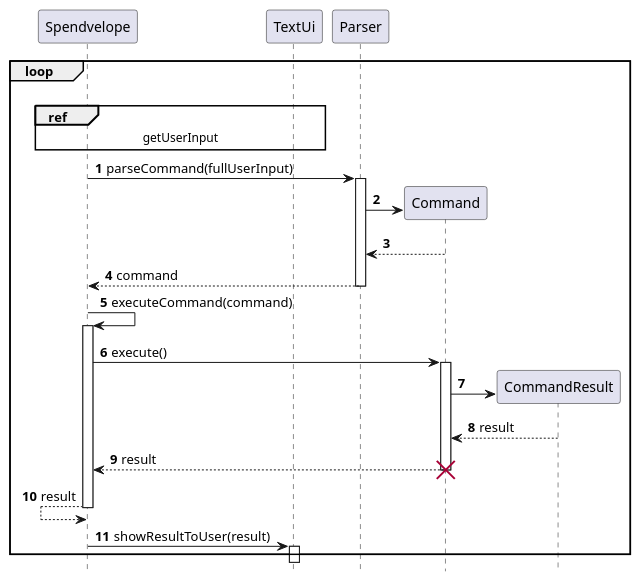
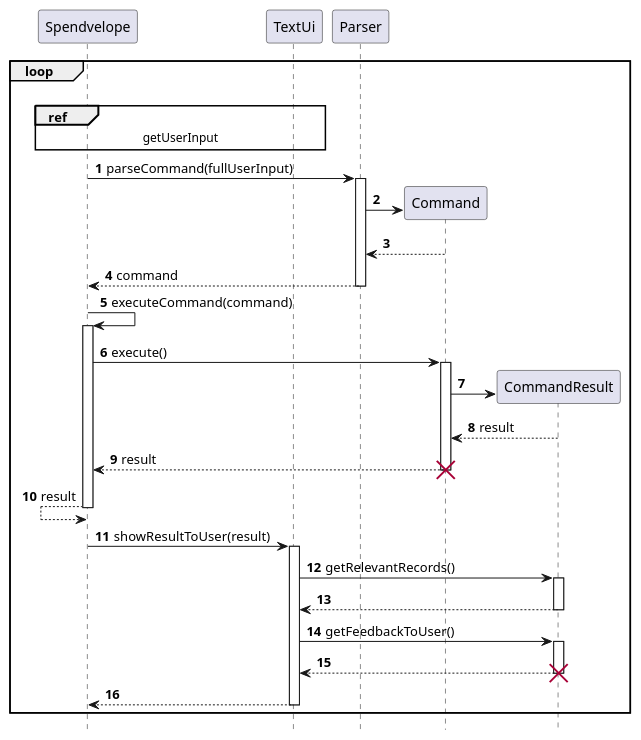
Before and after one commit to nus-cs2113-AY2122S2/tp: the diagram in docs/sequenceDiagrams/Spendvelope.puml, drawn with PlantUML.

Commit message:
Organise Spendvelope sequence diagram

```diff
--- a/docs/sequenceDiagrams/Spendvelope.puml
+++ b/docs/sequenceDiagrams/Spendvelope.puml
@@ -1,24 +1,34 @@
 @startuml
 'https://plantuml.com/sequence-diagram
 
 hide footbox
 autonumber
 autoactivate on
+
 loop
 |||
 ref over Spendvelope, TextUi: getUserInput
+
 Spendvelope -> Parser: parseCommand(fullUserInput)
 Parser -> Command**:
 Parser <-- Command
 Spendvelope <-- Parser: command
+
 Spendvelope -> Spendvelope: executeCommand(command)
 Spendvelope -> Command: execute()
-Command -> CommandResult**:
+Command -> CommandResult**
 Command <-- CommandResult:result
 Spendvelope <-- Command: result
 destroy Command
 Spendvelope <-- Spendvelope: result
+
 Spendvelope -> TextUi: showResultToUser(result)
+TextUi -> CommandResult: getRelevantRecords()
+TextUi <-- CommandResult
+TextUi -> CommandResult: getFeedbackToUser()
+TextUi <-- CommandResult
+destroy CommandResult
+Spendvelope <-- TextUi
 end
 
 @enduml
```
